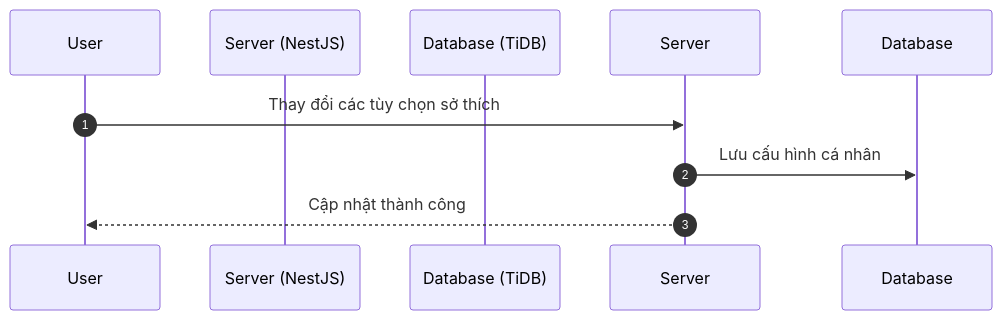
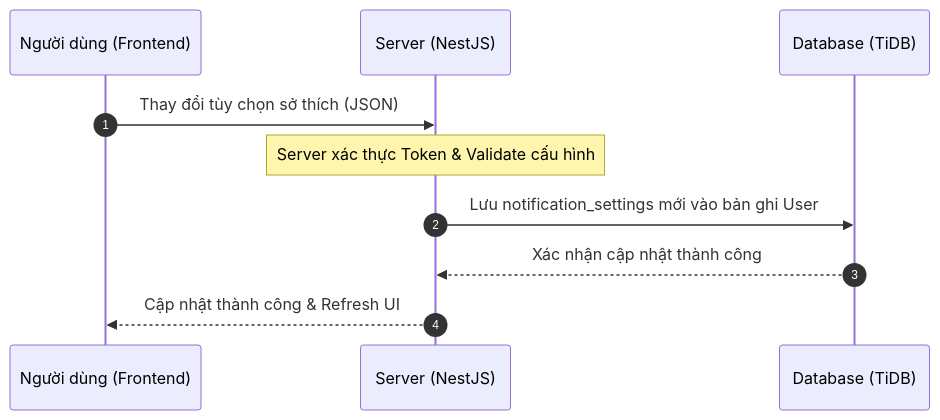
Before and after one commit to Loisori/SCI-ITF-Canhan42_TrinhSuTruongThi: the sixth of 25 diagrams in doc.md, drawn with Mermaid. The commit also changed other lines of this file and 1 other file, not shown here.

````diff
--- a/doc.md
+++ b/doc.md
@@ -1161,11 +1215,13 @@
 ```mermaid
 sequenceDiagram
     autonumber
-    participant U as User
+    participant U as Người dùng (Frontend)
     participant S as Server (NestJS)
     participant D as Database (TiDB)
 
-    U->>Server: Thay đổi các tùy chọn sở thích
-    Server->>Database: Lưu cấu hình cá nhân
-    Server-->>U: Cập nhật thành công
+    U->>S: Thay đổi tùy chọn sở thích (JSON)
+    Note over S: Server xác thực Token & Validate cấu hình
+    S->>D: Lưu notification_settings mới vào bản ghi User
+    D-->>S: Xác nhận cập nhật thành công
+    S-->>U: Cập nhật thành công & Refresh UI
 ```
````
